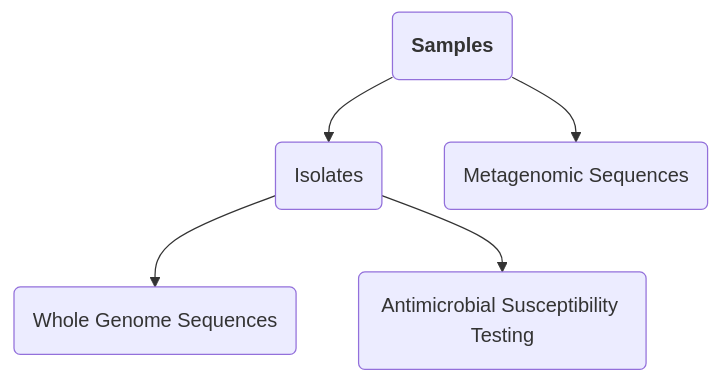
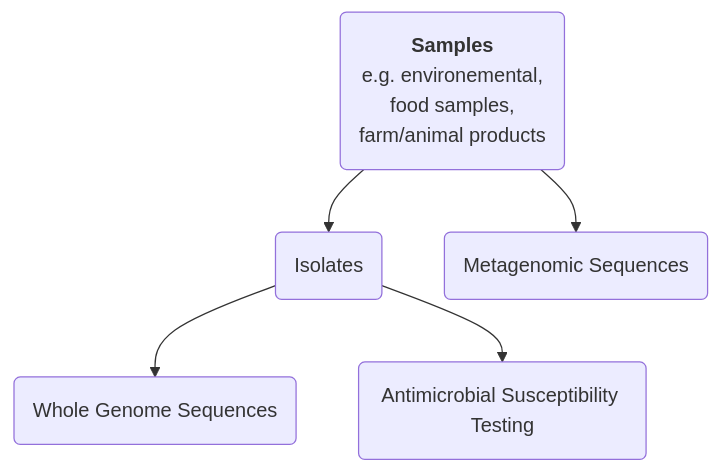
The diagram in metadata_standards_sop.md (grdi-amr/docs-and-SOPs), drawn with Mermaid before and after one commit.

Commit message:
tests markdown newlines

````diff
--- a/metadata_standards_sop.md
+++ b/metadata_standards_sop.md
@@ -45,8 +45,11 @@
 ```mermaid
 graph TD;
 
-sam("`**Samples**`") --> iso("Isolates") --> wgs("Whole Genome Sequences")
+sam("`**Samples**
+e.g. environemental, 
+food samples, 
+farm/animal products`") --> iso("Isolates") --> wgs("Whole Genome Sequences")
 sam --> mtg("Metagenomic Sequences")
 iso --> ast("Antimicrobial Susceptibility Testing")
 
 ```
````
